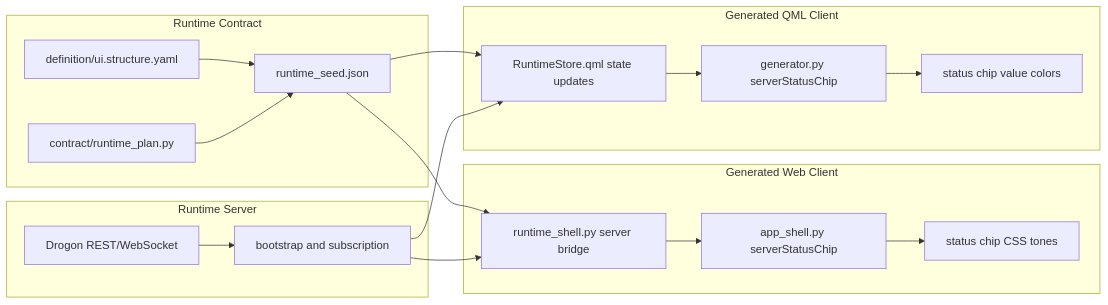
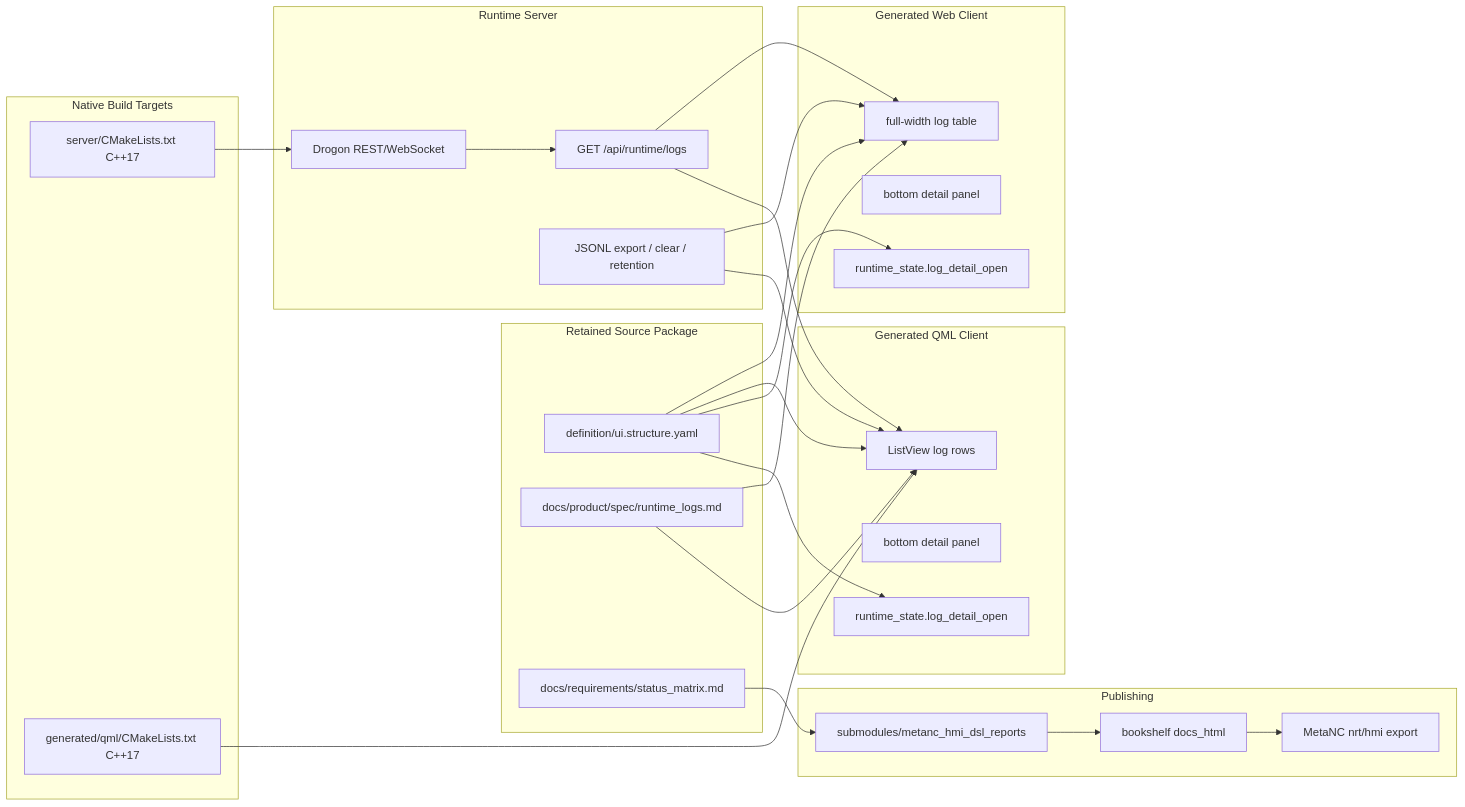
The diagram in 2026-05-06-codex-session/architecture-diagram.md (luppiterw/metanc_hmi_dsl_reports), drawn with Mermaid before and after one commit. The commit also changed other lines of this file and 15 other files, not shown here.

First line of the commit message:
reports: refresh 2026-05-06 HMI session

````diff
--- a/2026-05-06-codex-session/architecture-diagram.md
+++ b/2026-05-06-codex-session/architecture-diagram.md
@@ -3,37 +3,54 @@
 ```mermaid
 flowchart LR
-    subgraph Contract["Runtime Contract"]
+    subgraph Source["Retained Source Package"]
         A[definition/ui.structure.yaml]
-        B[contract/runtime_plan.py]
-        C[runtime_seed.json]
+        B[docs/product/spec/runtime_logs.md]
+        C[docs/requirements/status_matrix.md]
+    end
+
+    subgraph Build["Native Build Targets"]
+        D[server/CMakeLists.txt C++17]
+        E[generated/qml/CMakeLists.txt C++17]
     end
 
     subgraph Web["Generated Web Client"]
-        D[app_shell.py serverStatusChip]
-        E[runtime_shell.py server bridge]
-        F[status chip CSS tones]
+        F[full-width log table]
+        G[bottom detail panel]
+        H[runtime_state.log_detail_open]
     end
 
     subgraph QML["Generated QML Client"]
-        G[generator.py serverStatusChip]
-        H[RuntimeStore.qml state updates]
-        I[status chip value colors]
+        I[ListView log rows]
+        J[bottom detail panel]
+        K[runtime_state.log_detail_open]
     end
 
-    subgraph Server["Runtime Server"]
-        J[Drogon REST/WebSocket]
-        K[bootstrap and subscription]
+    subgraph Runtime["Runtime Server"]
+        L[Drogon REST/WebSocket]
+        M[GET /api/runtime/logs]
+        N[JSONL export / clear / retention]
     end
 
-    A --> C
-    B --> C
-    C --> E
-    C --> H
-    J --> K
-    K --> E
-    K --> H
-    E --> D
-    H --> G
-    D --> F
-    G --> I
+    subgraph Docs["Publishing"]
+        O[submodules/metanc_hmi_dsl_reports]
+        P[bookshelf docs_html]
+        Q[MetaNC nrt/hmi export]
+    end
+
+    A --> F
+    A --> I
+    A --> H
+    A --> K
+    B --> F
+    B --> I
+    C --> O
+    D --> L
+    E --> I
+    L --> M
+    M --> F
+    M --> I
+    N --> F
+    N --> I
+    O --> P
+    P --> Q
 ```
````
